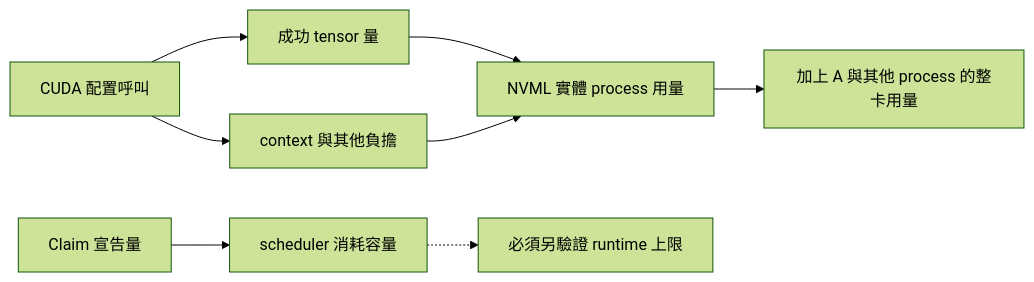
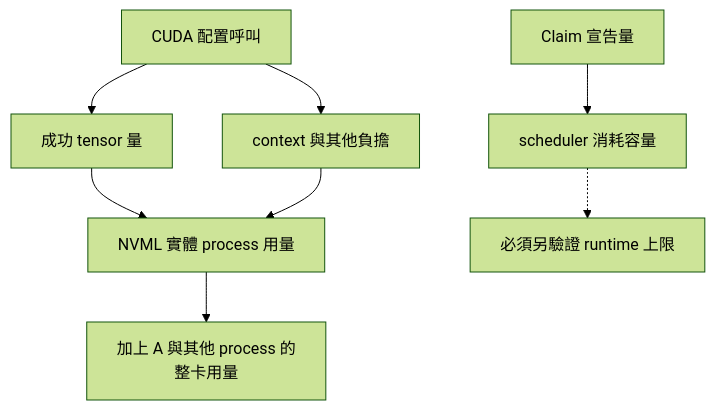
The diagram in book/04-isolation/results.md (Daniel77871/dra-gpu-sharing-in-practice), drawn with Mermaid (forest theme) before and after one commit. The commit also changed 15 other files, not shown here.

First line of the commit message:
Fit wide Mermaid diagrams to the GitHub page width

````diff
--- a/book/04-isolation/results.md
+++ b/book/04-isolation/results.md
@@ -11,10 +11,10 @@
 ```mermaid
-flowchart LR
+flowchart TB
     C["Claim 宣告量"] --> S["scheduler 消耗容量"]
     P["CUDA 配置呼叫"] --> T["成功 tensor 量"]
     P --> O["context 與其他負擔"]
     T --> N["NVML 實體 process 用量"]
     O --> N
     S -.-> Q["必須另驗證 runtime 上限"]
-    N --> G["加上 A 與其他 process 的整卡用量"]
+    N --> G["加上 A 與其他 process 的<br/>整卡用量"]
 ```
````
